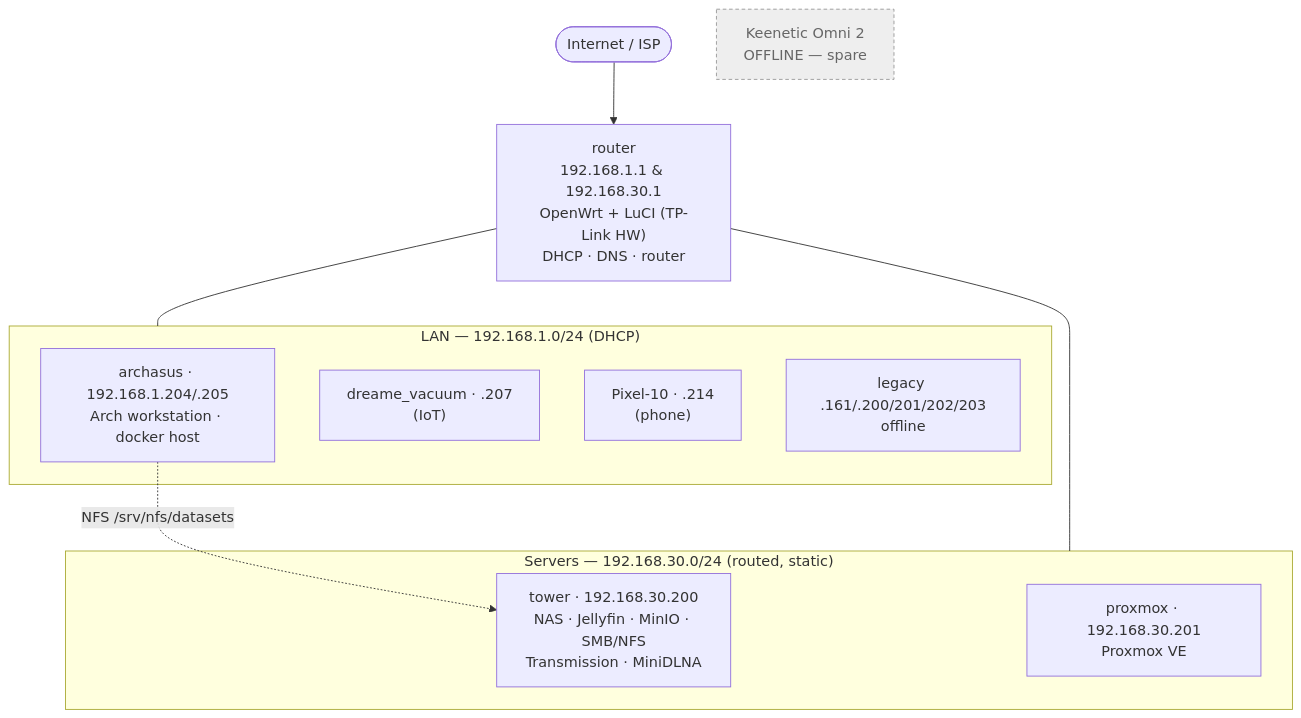
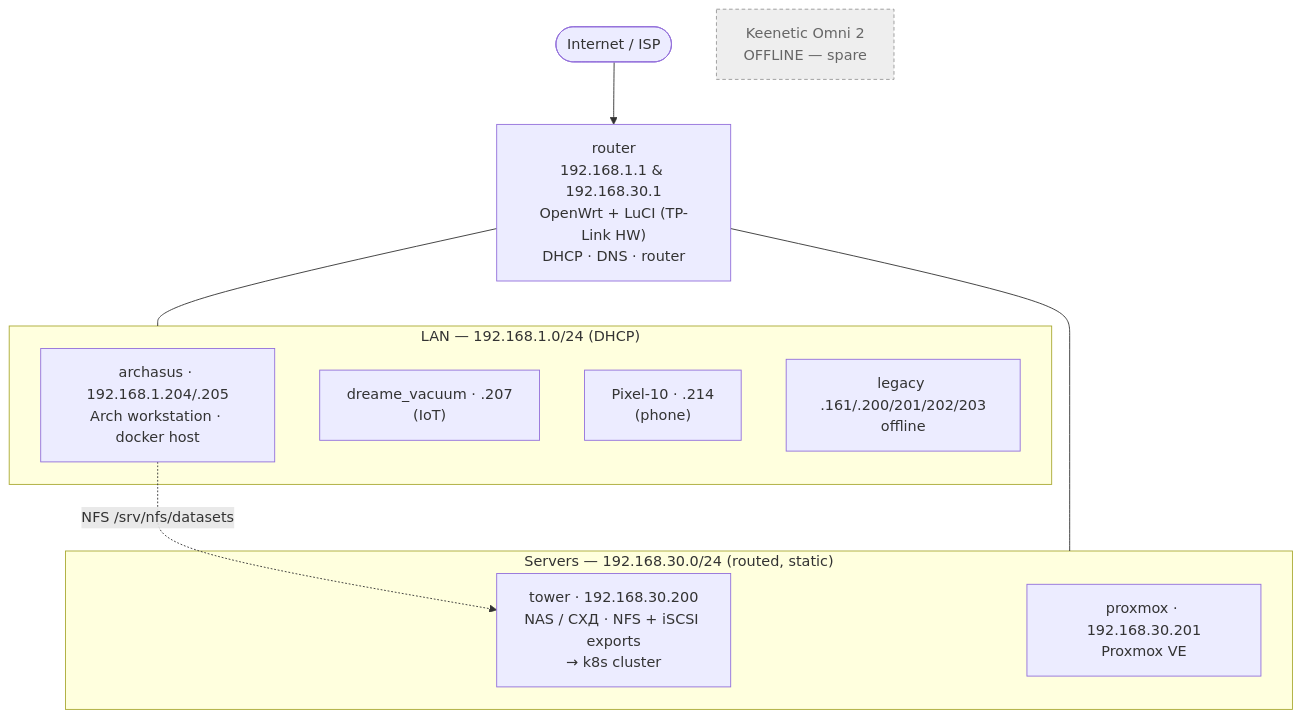
The diagram in docs/network/README.md (iskovskikh/tower_cloud), drawn with Mermaid before and after one commit. The commit also changed other lines of this file and 7 other files, not shown here.

First line of the commit message:
feat(jellyfin): deploy to k8s media, retire tower container

````diff
--- a/docs/network/README.md
+++ b/docs/network/README.md
@@ -15,23 +15,23 @@
 ```mermaid
 flowchart TB
     INET([Internet / ISP]) --> R["router<br/>192.168.1.1 &amp; 192.168.30.1<br/>OpenWrt + LuCI (TP-Link HW)<br/>DHCP · DNS · router"]
 
     subgraph LAN["LAN — 192.168.1.0/24 (DHCP)"]
         AS["archasus · 192.168.1.204/.205<br/>Arch workstation · docker host"]
         VAC["dreame_vacuum · .207<br/>(IoT)"]
         PH["Pixel-10 · .214<br/>(phone)"]
         LEG["legacy .161/.200/201/202/203<br/>offline"]
     end
 
     subgraph SRV["Servers — 192.168.30.0/24 (routed, static)"]
-        TWR["tower · 192.168.30.200<br/>NAS · Jellyfin · MinIO · SMB/NFS<br/>Transmission · MiniDLNA"]
+        TWR["tower · 192.168.30.200<br/>NAS / СХД · NFS + iSCSI exports<br/>→ k8s cluster"]
         PVE["proxmox · 192.168.30.201<br/>Proxmox VE"]
     end
 
     R --- LAN
     R --- SRV
     AS -. "NFS /srv/nfs/datasets" .-> TWR
 
     OFF["Keenetic Omni 2<br/>OFFLINE — spare"]:::off
     classDef off fill:#eee,stroke:#999,stroke-dasharray:4 3,color:#666;
 ```
````
